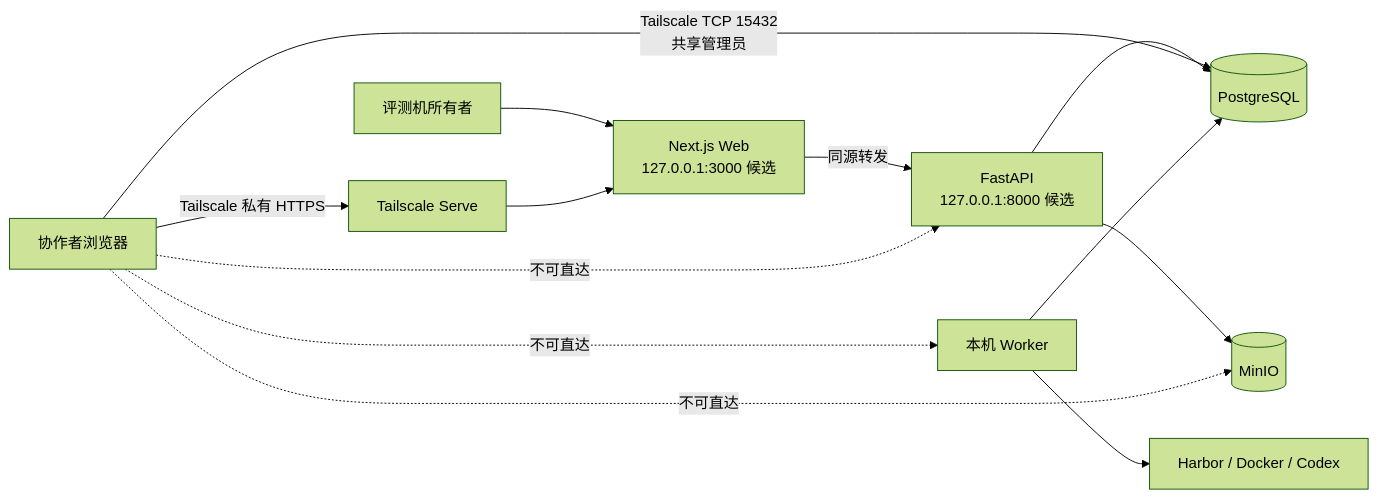
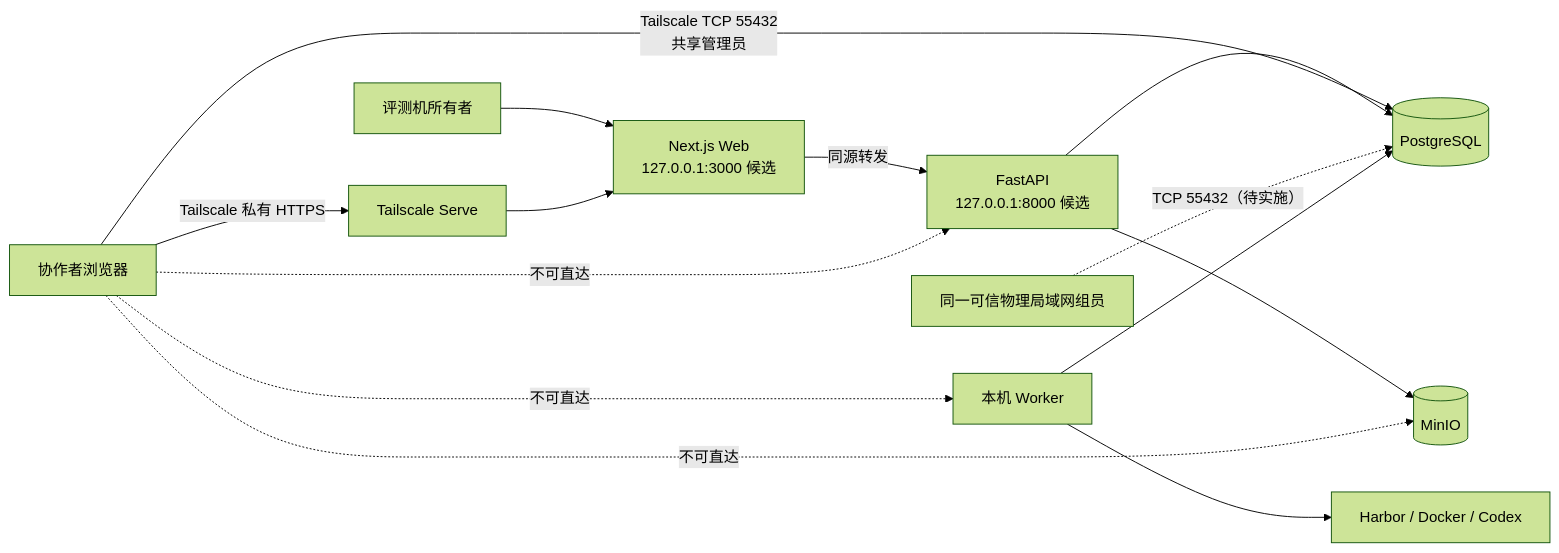
The diagram in docs/operations/REMOTE_TEAM_ACCESS.md (Floraluke/agent-exam), drawn with Mermaid (forest theme) before and after one commit. The commit also changed other lines of this file and 39 other files, not shown here.

````diff
--- a/docs/operations/REMOTE_TEAM_ACCESS.md
+++ b/docs/operations/REMOTE_TEAM_ACCESS.md
@@ -17,16 +17,17 @@
 ```mermaid
 flowchart LR
     C[协作者浏览器] -->|Tailscale 私有 HTTPS| S[Tailscale Serve]
     O[评测机所有者] --> W[Next.js Web\n127.0.0.1:3000 候选]
     S --> W
     W -->|同源转发| A[FastAPI\n127.0.0.1:8000 候选]
     A --> DB[(PostgreSQL)]
     A --> M[(MinIO)]
-    C -->|Tailscale TCP 15432\n共享管理员| DB
+    C -->|Tailscale TCP 55432\n共享管理员| DB
+    P[同一可信物理局域网组员] -. TCP 55432（待实施） .-> DB
     L[本机 Worker] --> DB
     L --> H[Harbor / Docker / Codex]
 
     C -. 不可直达 .-> A
     C -. 不可直达 .-> M
     C -. 不可直达 .-> L
 ```
````
